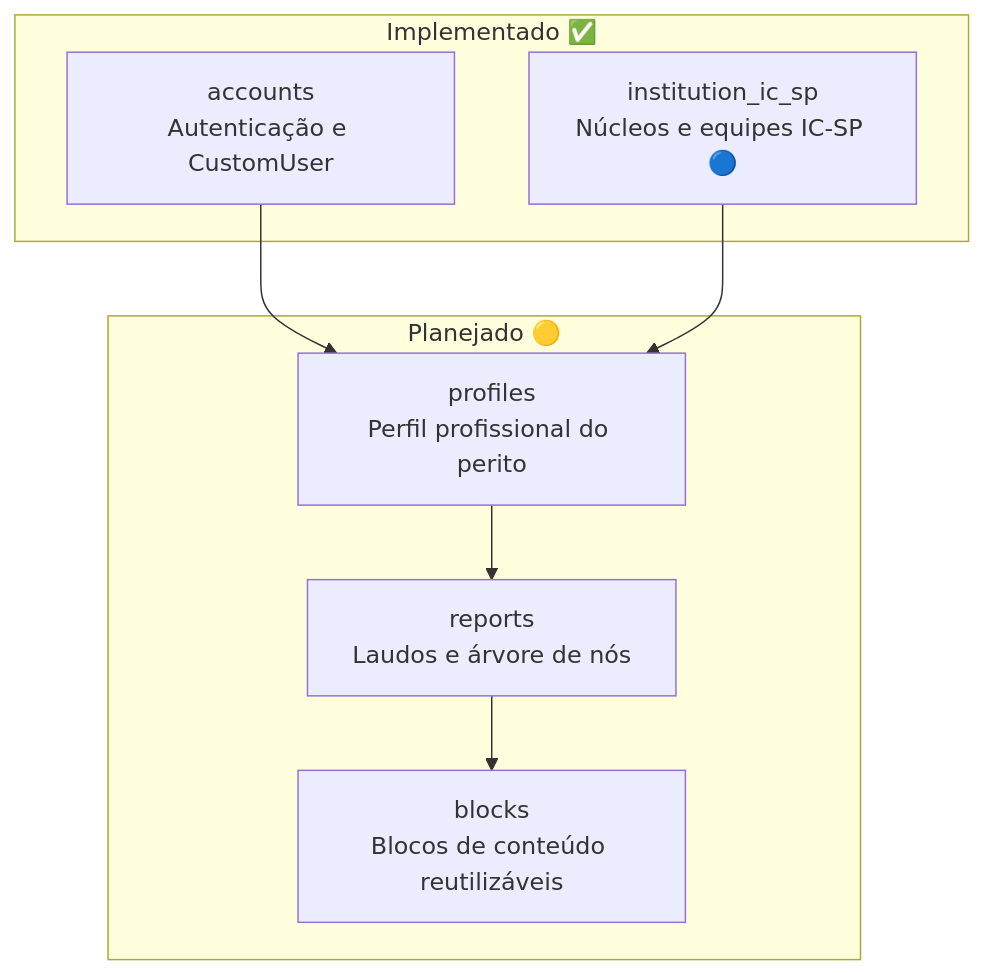
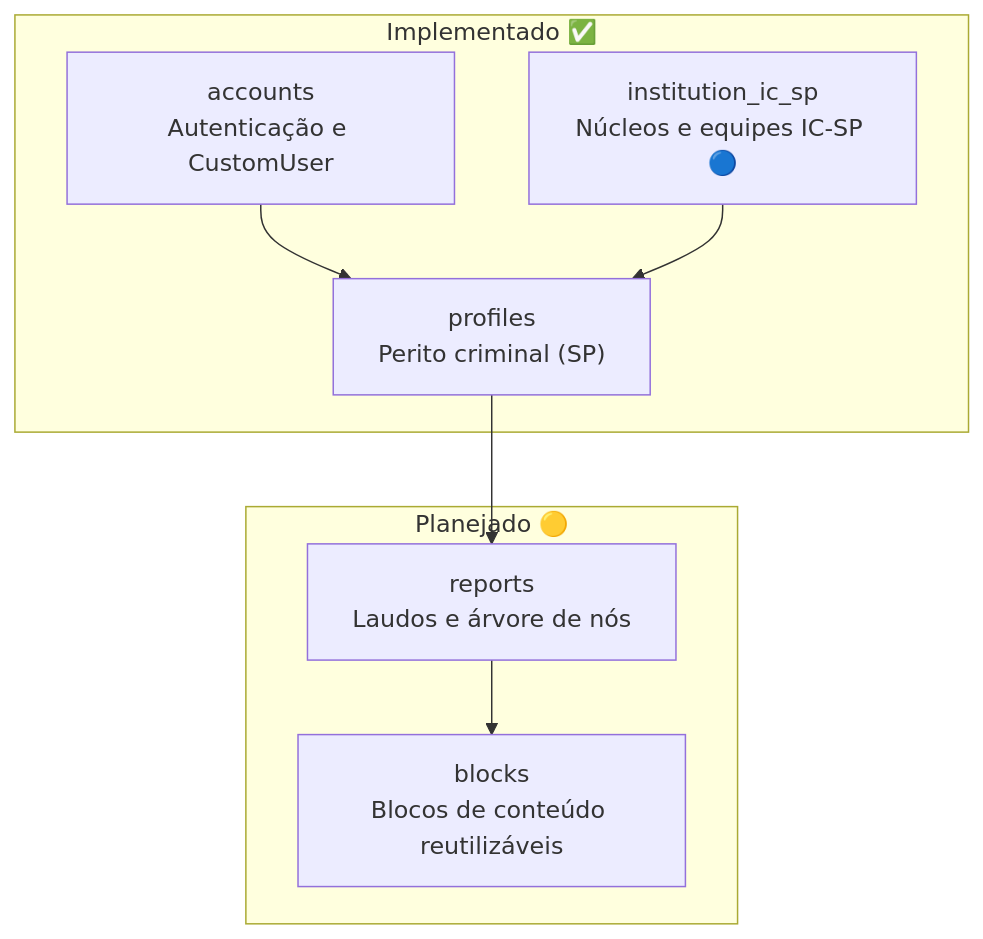
The first of 2 diagrams in docs/architecture/03-apps-map.md (PeritoCriminal/reportline), drawn with Mermaid before and after one commit. The commit also changed other lines of this file and 26 other files, not shown here.

````diff
--- a/docs/architecture/03-apps-map.md
+++ b/docs/architecture/03-apps-map.md
@@ -8,18 +8,18 @@
 ```mermaid
 flowchart TB
     subgraph implemented ["Implementado ✅"]
         accounts["accounts<br/>Autenticação e CustomUser"]
         institution_ic_sp["institution_ic_sp<br/>Núcleos e equipes IC-SP 🔵"]
+        profiles["profiles<br/>Perito criminal (SP)"]
     end
 
     subgraph planned ["Planejado 🟡"]
-        profiles["profiles<br/>Perfil profissional do perito"]
         reports["reports<br/>Laudos e árvore de nós"]
         blocks["blocks<br/>Blocos de conteúdo reutilizáveis"]
     end
 
     accounts --> profiles
     institution_ic_sp --> profiles
     profiles --> reports
     reports --> blocks
 ```
````
